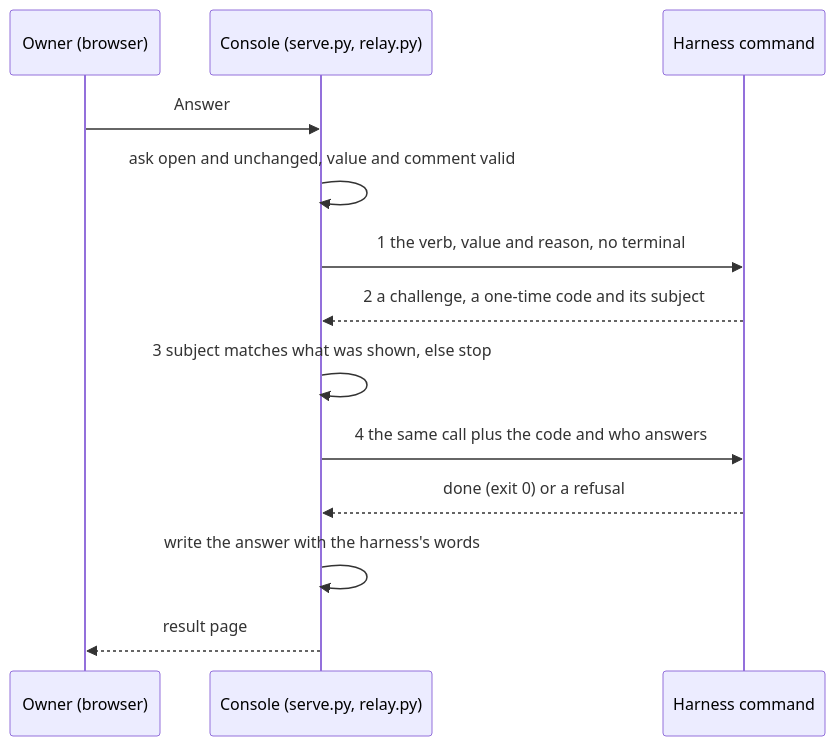
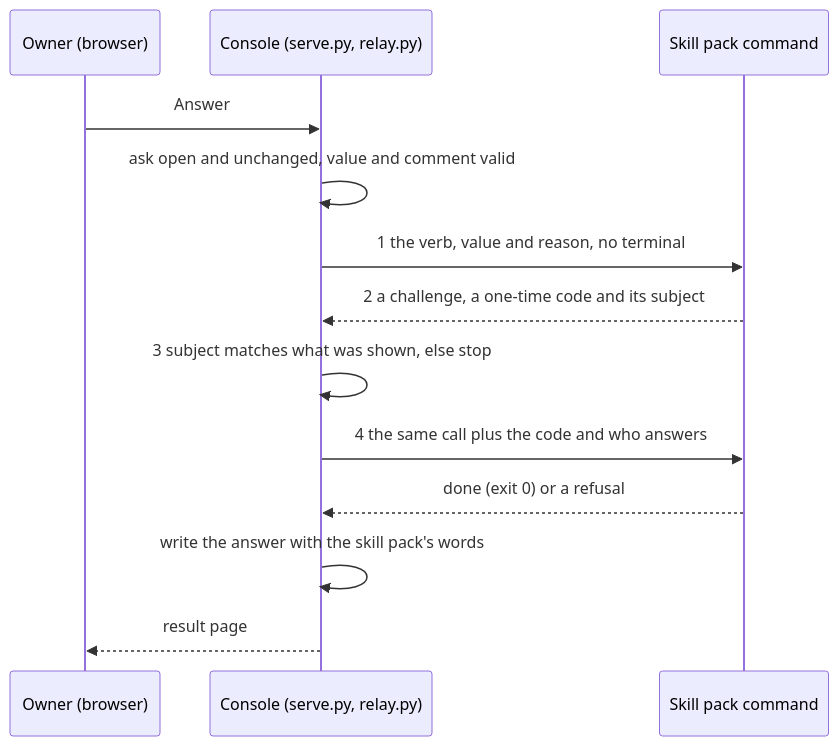
One commit to thaddeus-builds/skill-pack-playbook changed the fourth of 4 diagrams in console/README.md. Above: the diagram before and after it, drawn with Mermaid. The commit also changed other lines of this file and 303 other files, not shown here.

First line of the commit message:
Rename the noun harness to skill pack across the playbook

````diff
--- a/console/README.md
+++ b/console/README.md
@@ -113,15 +113,15 @@
 ```mermaid
 sequenceDiagram
     participant H as Owner (browser)
     participant C as Console (serve.py, relay.py)
-    participant G as Harness command
+    participant G as Skill pack command
     H->>C: Answer
     C->>C: ask open and unchanged, value and comment valid
     C->>G: 1 the verb, value and reason, no terminal
     G-->>C: 2 a challenge, a one-time code and its subject
     C->>C: 3 subject matches what was shown, else stop
     C->>G: 4 the same call plus the code and who answers
     G-->>C: done (exit 0) or a refusal
-    C->>C: write the answer with the harness's words
+    C->>C: write the answer with the skill pack's words
     C-->>H: result page
 ```
````
